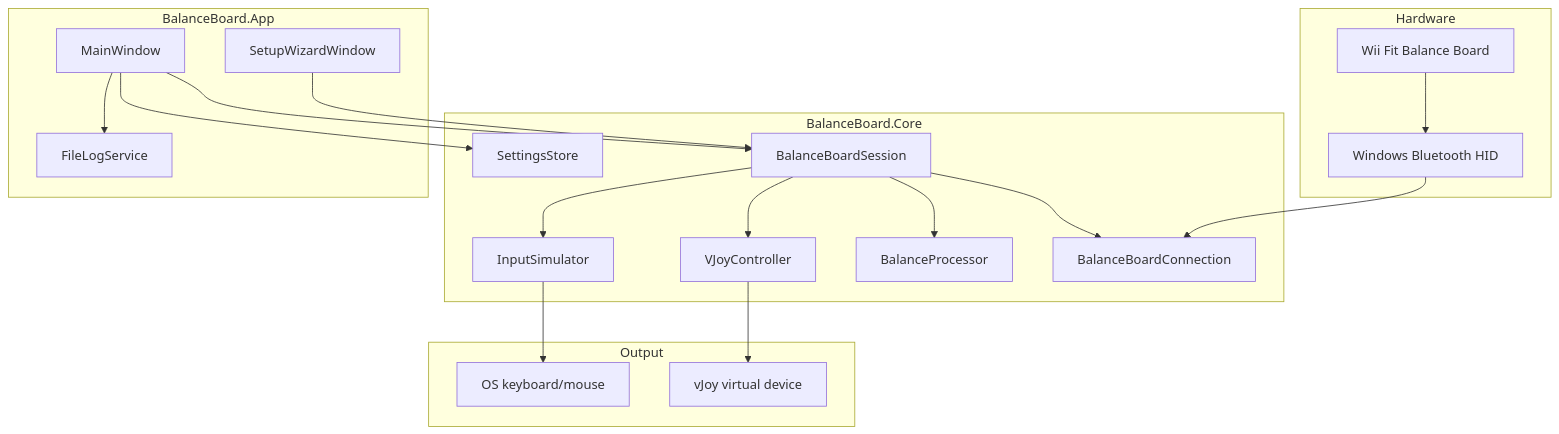
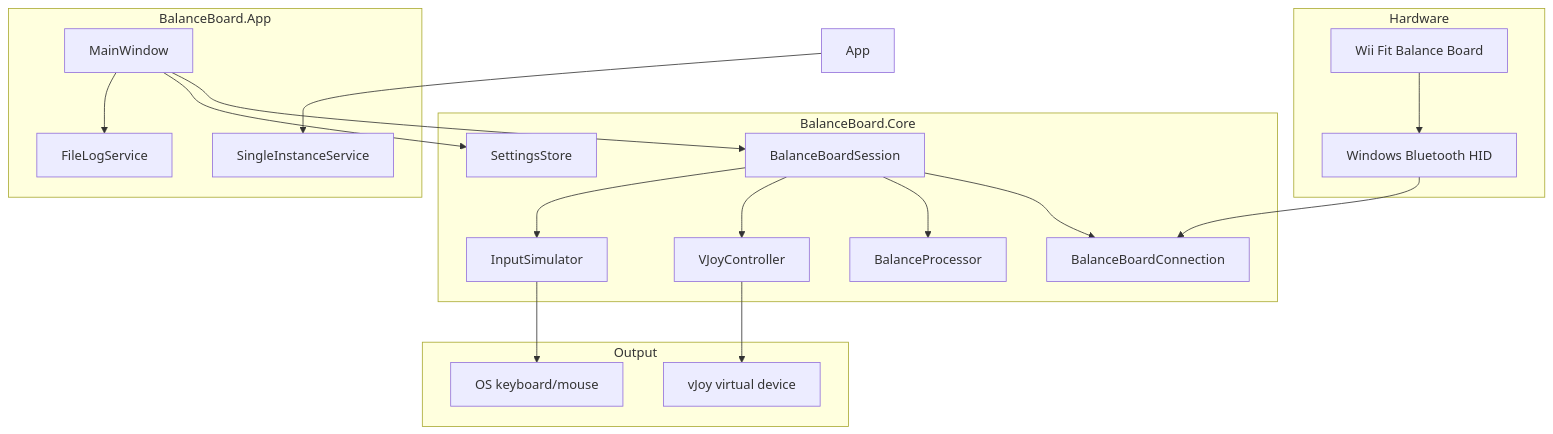
One commit to Vabian124/balance-board-controller changed the diagram in docs/ARCHITECTURE.md. Above: the diagram before and after it, drawn with Mermaid. The commit also changed 16 other files, not shown here.

````diff
--- a/docs/ARCHITECTURE.md
+++ b/docs/ARCHITECTURE.md
@@ -5,39 +5,39 @@
 ```mermaid
 flowchart TB
     subgraph hardware [Hardware]
         BB[Wii Fit Balance Board]
         BT[Windows Bluetooth HID]
     end
 
     subgraph core [BalanceBoard.Core]
         BBC[BalanceBoardConnection]
         BP[BalanceProcessor]
         BBS[BalanceBoardSession]
         VJ[VJoyController]
         IS[InputSimulator]
         SS[SettingsStore]
     end
 
     subgraph ui [BalanceBoard.App]
         MW[MainWindow]
-        SW[SetupWizardWindow]
+        SIS[SingleInstanceService]
         FLS[FileLogService]
     end
 
     subgraph output [Output]
         VJoyDrv[vJoy virtual device]
         OSIn[OS keyboard/mouse]
     end
 
     BB --> BT --> BBC
     BBS --> BBC
     BBS --> BP
     BBS --> VJ
     BBS --> IS
     MW --> BBS
     MW --> SS
     MW --> FLS
-    SW --> BBS
+    App --> SIS
     VJ --> VJoyDrv
     IS --> OSIn
 ```
````
